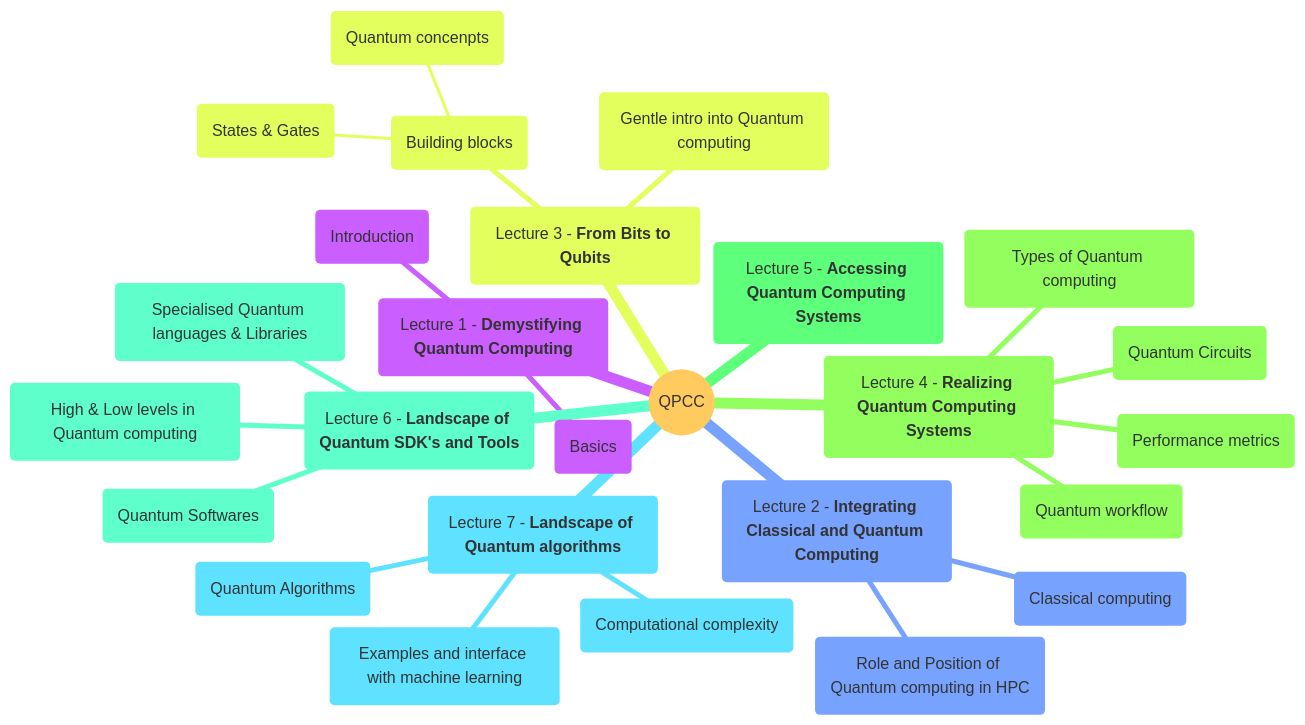
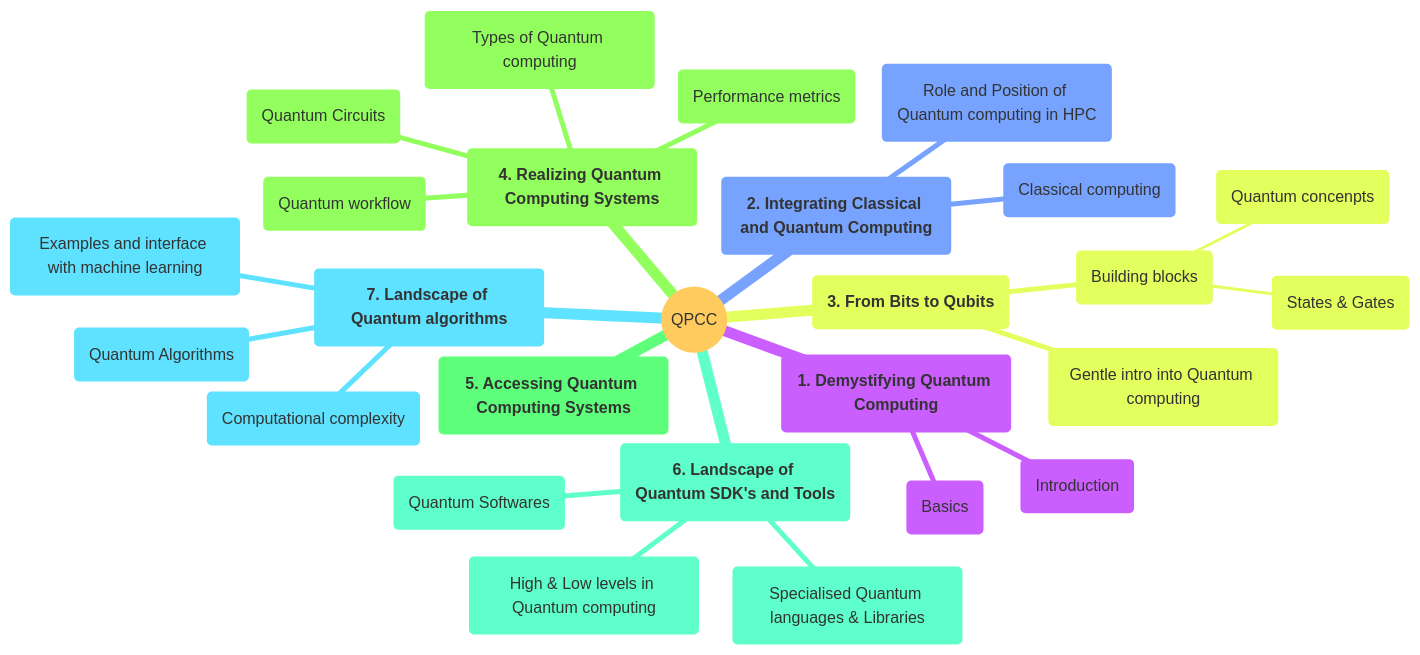
The diagram in index.md (ICHEC/qpcc), drawn with Mermaid before and after one commit. The commit also changed 2 other files, not shown here.

````diff
--- a/index.md
+++ b/index.md
@@ -10,37 +10,37 @@
 ```{mermaid}
-%%{init: {'theme':'base', 'fontSize': '24', 'securityLevel': "loose"}}%%
+%%{init: {'theme':'base', 'fontSize': '11', 'securityLevel': "loose"}}%%
 mindmap
   root((QPCC))
-    lec1("Lecture 1 - **Demystifying Quantum Computing**")
+    lec1("**1. Demystifying Quantum Computing**")
     ::icon(fa fa-book)
         (Introduction)
         (Basics)
-    lec2(Lecture 2 - **Integrating Classical and Quantum Computing**)
+    lec2(**2. Integrating Classical and Quantum Computing**)
     ::icon(fa fa-book)
         (Classical computing)
         (Role and Position of Quantum computing in HPC)
-    lec3(Lecture 3 - **From Bits to Qubits**)
+    lec3(**3. From Bits to Qubits**)
     ::icon(fa fa-book)
         (Gentle intro into Quantum computing)
         (Building blocks)
             (States & Gates)
             (Quantum concenpts)
-    lec4(Lecture 4 - **Realizing Quantum Computing Systems**)
+    lec4(**4. Realizing Quantum Computing Systems**)
     ::icon(fa fa-book)
         (Quantum Circuits)
         (Quantum workflow)
         (Types of Quantum computing)
         (Performance metrics)
-    lec5(Lecture 5 - **Accessing Quantum Computing Systems**)
+    lec5(**5. Accessing Quantum Computing Systems**)
     ::icon(fa fa-book)
-    lec6(Lecture 6 - **Landscape of Quantum SDK's and Tools**)
+    lec6(**6. Landscape of Quantum SDK's and Tools**)
     ::icon(fa fa-book)
         (High & Low levels in Quantum computing)
         (Quantum Softwares)
         (Specialised Quantum languages & Libraries)
-    lec7(Lecture 7 - **Landscape of Quantum algorithms**)
+    lec7(**7. Landscape of Quantum algorithms**)
     ::icon(fa fa-book)
         (Computational complexity)
         (Quantum Algorithms)
         (Examples and interface with machine learning)
 ```
````
